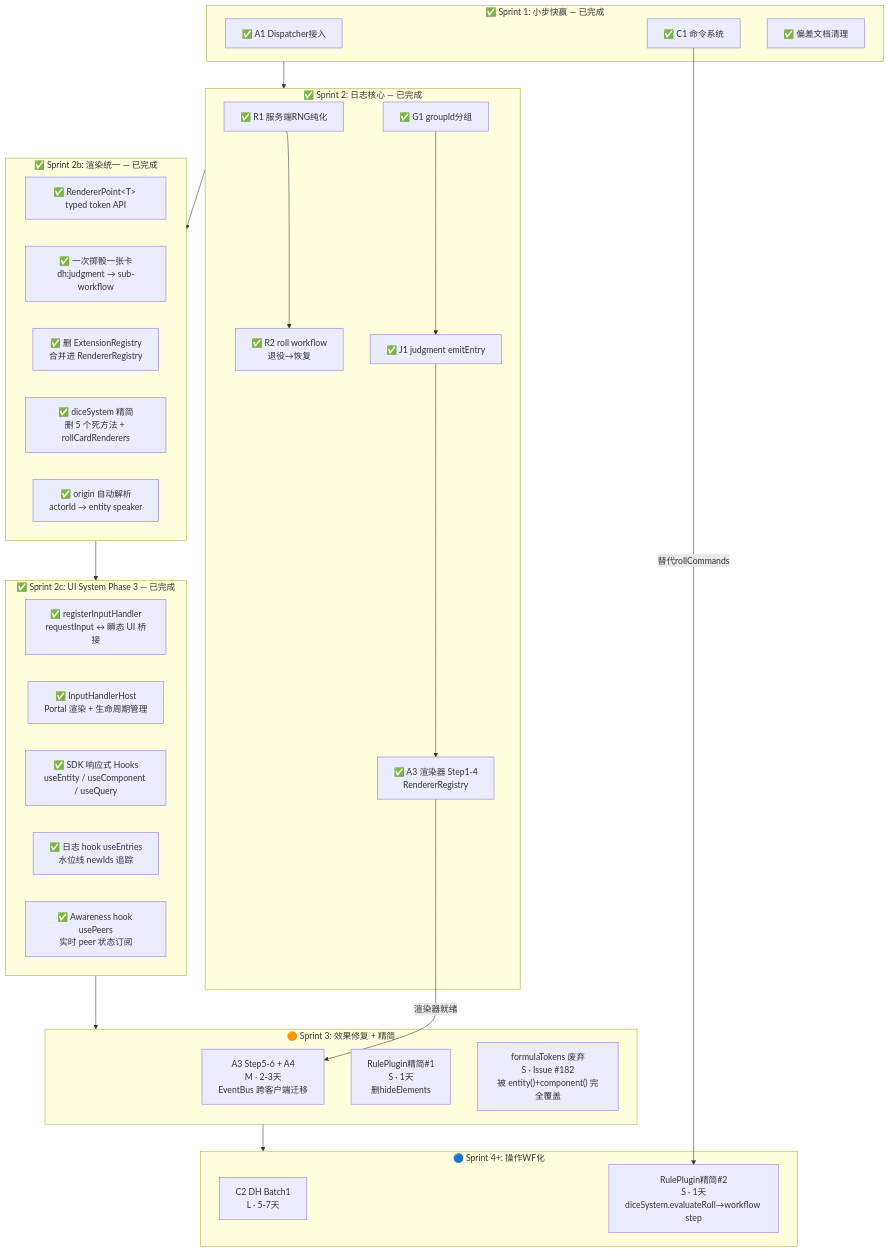
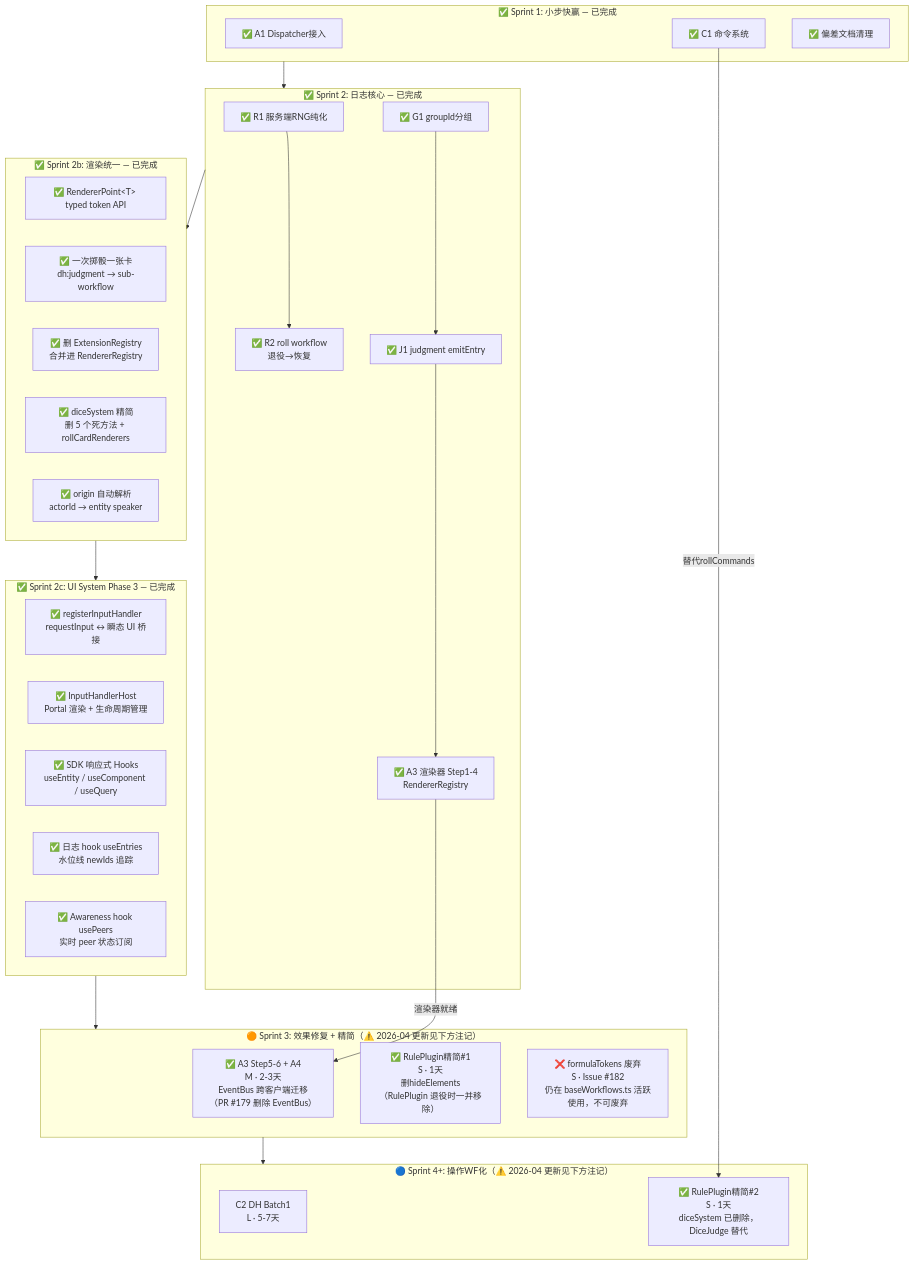
Before and after one commit to RidRisR/myVTT: diagram 15 of 18 in docs/design/17-插件系统演进路线.md, drawn with Mermaid. The commit also changed other lines of this file and 14 other files, not shown here.

````diff
--- a/docs/design/17-插件系统演进路线.md
+++ b/docs/design/17-插件系统演进路线.md
@@ -589,51 +591,51 @@
 ```mermaid
 graph TD
     subgraph Sprint1["✅ Sprint 1: 小步快赢 — 已完成"]
         A1s["✅ A1 Dispatcher接入"]
         C1s["✅ C1 命令系统"]
         DOCs["✅ 偏差文档清理"]
     end
 
     subgraph Sprint2["✅ Sprint 2: 日志核心 — 已完成"]
         R1s["✅ R1 服务端RNG纯化"]
         G1s["✅ G1 groupId分组"]
         R2s["✅ R2 roll workflow<br/>退役→恢复"]
         J1s["✅ J1 judgment emitEntry"]
         A3as["✅ A3 渲染器 Step1-4<br/>RendererRegistry"]
     end
 
     subgraph Sprint2b["✅ Sprint 2b: 渲染统一 — 已完成"]
         RU1["✅ RendererPoint&lt;T&gt; typed token API"]
         RU2["✅ 一次掷骰一张卡<br/>dh:judgment → sub-workflow"]
         RU3["✅ 删 ExtensionRegistry<br/>合并进 RendererRegistry"]
         RU4["✅ diceSystem 精简<br/>删 5 个死方法 + rollCardRenderers"]
         RU5["✅ origin 自动解析<br/>actorId → entity speaker"]
     end
 
     subgraph Sprint2c["✅ Sprint 2c: UI System Phase 3 — 已完成"]
         IH1["✅ registerInputHandler<br/>requestInput ↔ 瞬态 UI 桥接"]
         IH2["✅ InputHandlerHost<br/>Portal 渲染 + 生命周期管理"]
         RH1["✅ SDK 响应式 Hooks<br/>useEntity / useComponent / useQuery"]
         RH2["✅ 日志 hook useEntries<br/>水位线 newIds 追踪"]
         RH3["✅ Awareness hook usePeers<br/>实时 peer 状态订阅"]
     end
 
-    subgraph Sprint3["🟠 Sprint 3: 效果修复 + 精简"]
-        A3bs["A3 Step5-6 + A4<br/>M · 2-3天<br/>EventBus 跨客户端迁移"]
-        RP1s["RulePlugin精简#1<br/>S · 1天<br/>删hideElements"]
-        FT1["formulaTokens 废弃<br/>S · Issue #182<br/>被 entity()+component() 完全覆盖"]
+    subgraph Sprint3["🟠 Sprint 3: 效果修复 + 精简（⚠️ 2026-04 更新见下方注记）"]
+        A3bs["✅ A3 Step5-6 + A4<br/>M · 2-3天<br/>EventBus 跨客户端迁移（PR #179 删除 EventBus）"]
+        RP1s["✅ RulePlugin精简#1<br/>S · 1天<br/>删hideElements（RulePlugin 退役时一并移除）"]
+        FT1["❌ formulaTokens 废弃<br/>S · Issue #182<br/>仍在 baseWorkflows.ts 活跃使用，不可废弃"]
     end
 
-    subgraph Sprint4["🔵 Sprint 4+: 操作WF化"]
+    subgraph Sprint4["🔵 Sprint 4+: 操作WF化（⚠️ 2026-04 更新见下方注记）"]
         C2s["C2 DH Batch1<br/>L · 5-7天"]
-        RP2s["RulePlugin精简#2<br/>S · 1天<br/>diceSystem.evaluateRoll→workflow step"]
+        RP2s["✅ RulePlugin精简#2<br/>S · 1天<br/>diceSystem 已删除，DiceJudge 替代"]
     end
 
     Sprint1 --> Sprint2 --> Sprint2b --> Sprint2c --> Sprint3 --> Sprint4
 
     R1s --> R2s
     G1s --> J1s
     J1s --> A3as
     A3as -->|"渲染器就绪"| A3bs
     C1s -->|"替代rollCommands"| RP2s
 ```
````
